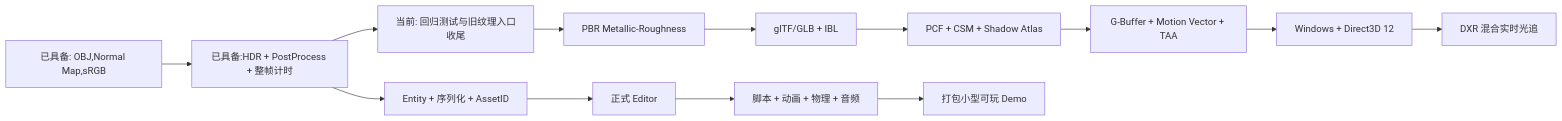
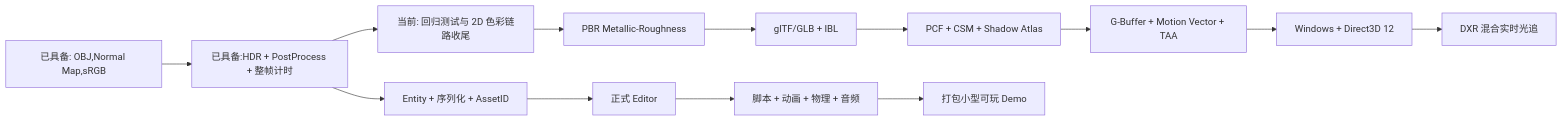
The third of 3 diagrams in README.md (JackDowson2003/Limen-Engine), drawn with Mermaid before and after one commit. The commit also changed other lines of this file and 52 other files, not shown here.

````diff
--- a/README.md
+++ b/README.md
@@ -436,16 +450,16 @@
 ```mermaid
 flowchart LR
     A[已具备: OBJ,Normal Map,sRGB] --> B[已具备:HDR + PostProcess + 整帧计时]
-    B --> C[当前: 回归测试与旧纹理入口收尾]
+    B --> C[当前: 回归测试与 2D 色彩链路收尾]
     C --> D[PBR Metallic-Roughness]
     D --> E[glTF/GLB + IBL]
     E --> F[PCF + CSM + Shadow Atlas]
     F --> G[G-Buffer + Motion Vector + TAA]
     G --> H[Windows + Direct3D 12]
     H --> I[DXR 混合实时光追]
 
     B --> J[Entity + 序列化 + AssetID]
     J --> K[正式 Editor]
     K --> L[脚本 + 动画 + 物理 + 音频]
     L --> M[打包小型可玩 Demo]
 ```
````
